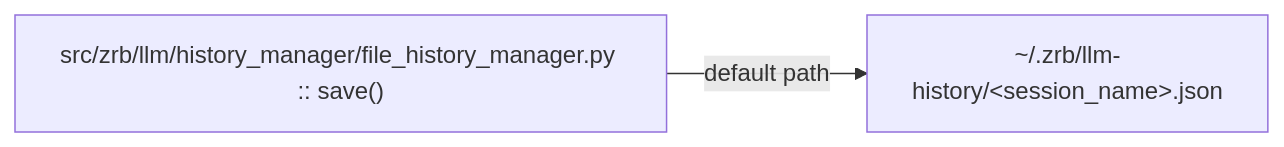
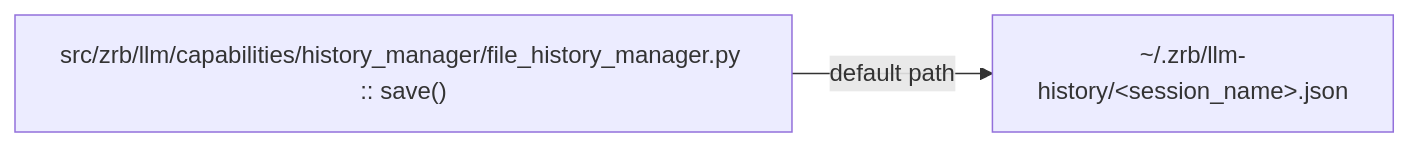
The seventh of 7 diagrams in docs/llm/llm-chat-lifecycle.md (state-alchemists/zrb), drawn with Mermaid before and after one commit. The commit also changed other lines of this file and 922 other files, not shown here.

````diff
--- a/docs/llm/llm-chat-lifecycle.md
+++ b/docs/llm/llm-chat-lifecycle.md
@@ -159,5 +159,5 @@
 ```mermaid
 flowchart LR
-    Save["src/zrb/llm/history_manager/file_history_manager.py :: save()"]
+    Save["src/zrb/llm/capabilities/history_manager/file_history_manager.py :: save()"]
     Save -->|default path| File["~/.zrb/llm-history/&lt;session_name&gt;.json"]
 ```
````
